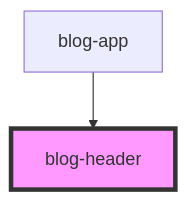
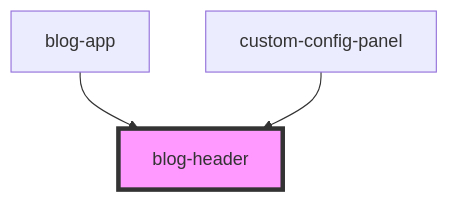
The diagram in stencil-grid-builder/src/demo/components/blog-header/readme.md (lucidworks/grid-builder-poc), drawn with Mermaid before and after one commit. The commit also changed other lines of this file and 12 other files, not shown here.

````diff
--- a/stencil-grid-builder/src/demo/components/blog-header/readme.md
+++ b/stencil-grid-builder/src/demo/components/blog-header/readme.md
@@ -23,5 +24,6 @@
 ```mermaid
 graph TD;
   blog-app --> blog-header
+  custom-config-panel --> blog-header
   style blog-header fill:#f9f,stroke:#333,stroke-width:4px
 ```
````
